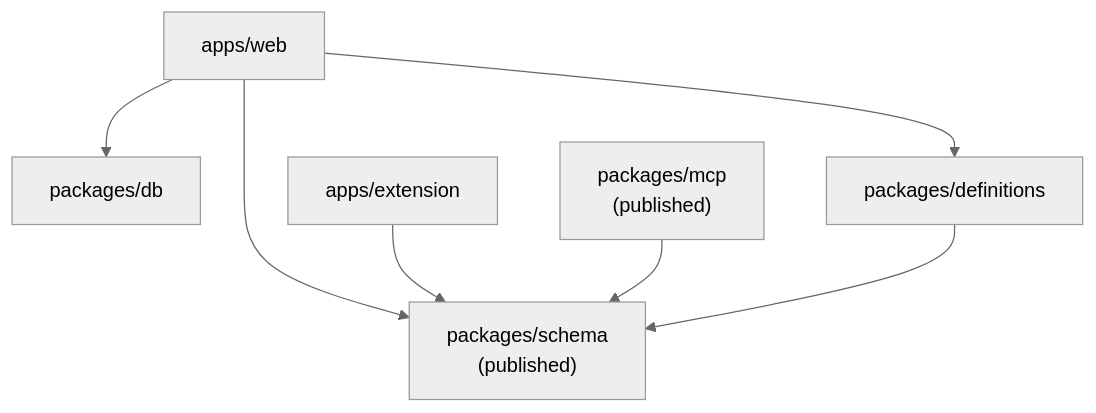
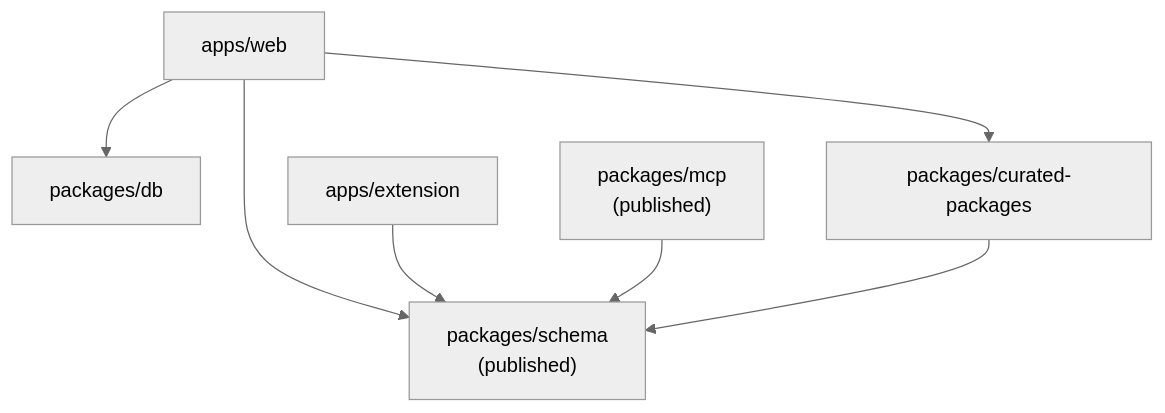
The second of 5 diagrams in ARCHITECTURE.md (robertn702/webmcp-today), drawn with Mermaid (neutral theme) before and after one commit. The commit also changed other lines of this file and 29 other files, not shown here.

First line of the commit message:
refactor: rename packages/definitions to packages/curated-packages

````diff
--- a/ARCHITECTURE.md
+++ b/ARCHITECTURE.md
@@ -72,16 +72,16 @@
 ```mermaid
 flowchart TD
     schema["packages/schema<br/>(published)"]
     db["packages/db"]
-    defs["packages/definitions"]
+    defs["packages/curated-packages"]
     web["apps/web"]
     ext["apps/extension"]
     mcp["packages/mcp<br/>(published)"]
 
     web --> schema
     web --> db
     web --> defs
     ext --> schema
     mcp --> schema
     defs --> schema
 ```
````
